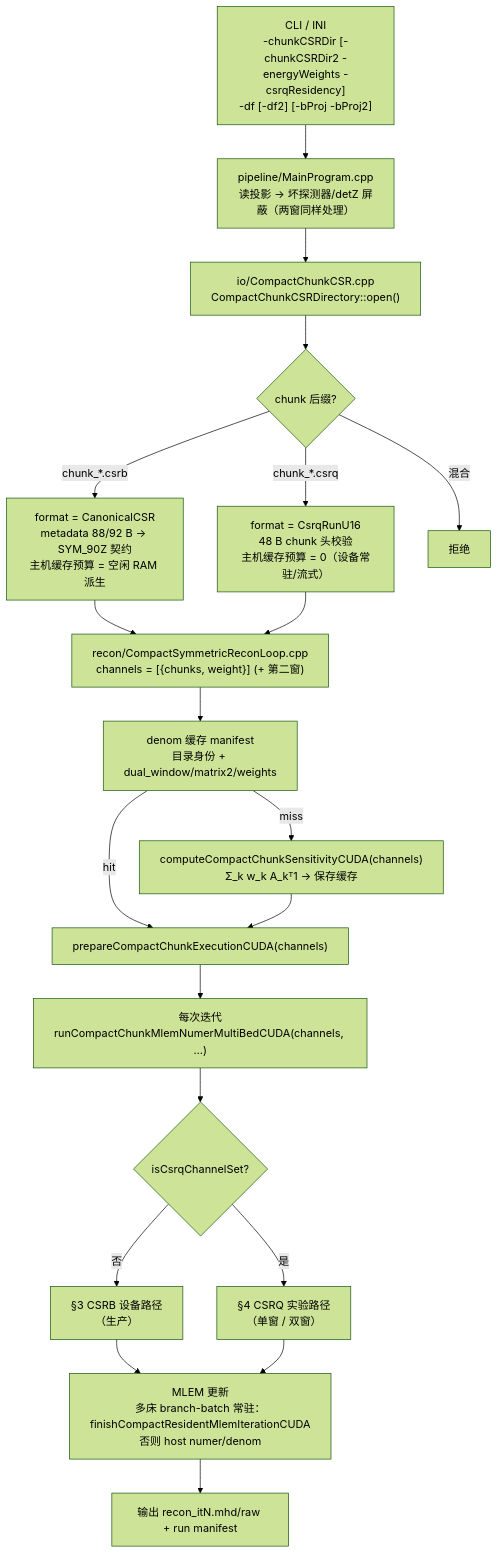
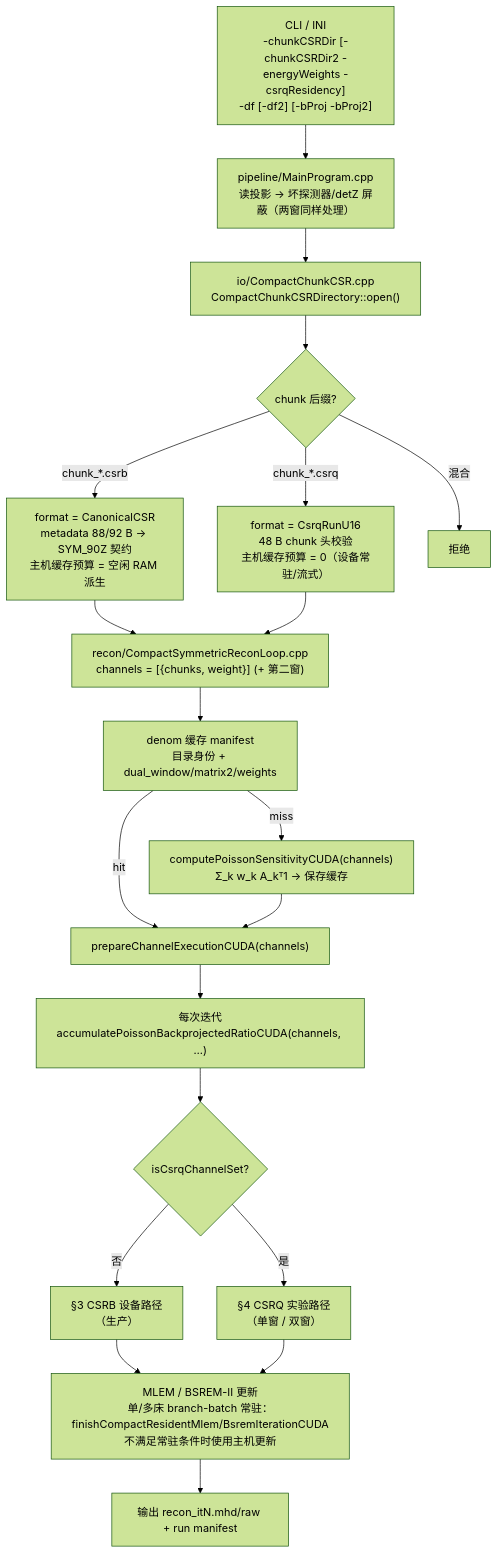
The first of 3 diagrams in reports/2026-09-04-matrix-call-flow-architecture.md (wangdy920/spect_6module_recon), drawn with Mermaid (forest theme) before and after one commit. The commit also changed other lines of this file and 17 other files, not shown here.

Commit message:
Remove rejected compact transpose experiments and prepare verified RC

````diff
--- a/reports/2026-09-04-matrix-call-flow-architecture.md
+++ b/reports/2026-09-04-matrix-call-flow-architecture.md
@@ -20,22 +20,22 @@
 ```mermaid
 flowchart TD
     CLI["CLI / INI<br/>-chunkCSRDir [-chunkCSRDir2 -energyWeights -csrqResidency]<br/>-df [-df2] [-bProj -bProj2]"] --> MP["pipeline/MainProgram.cpp<br/>读投影 → 坏探测器/detZ 屏蔽（两窗同样处理）"]
     MP --> OPEN["io/CompactChunkCSR.cpp<br/>CompactChunkCSRDirectory::open()"]
     OPEN --> FMT{"chunk 后缀?"}
     FMT -->|"chunk_*.csrb"| CSRB_META["format = CanonicalCSR<br/>metadata 88/92 B → SYM_90Z 契约<br/>主机缓存预算 = 空闲 RAM 派生"]
     FMT -->|"chunk_*.csrq"| CSRQ_META["format = CsrqRunU16<br/>48 B chunk 头校验<br/>主机缓存预算 = 0（设备常驻/流式）"]
     FMT -->|"混合"| REJ["拒绝"]
     CSRB_META --> LOOP
     CSRQ_META --> LOOP
     LOOP["recon/CompactSymmetricReconLoop.cpp<br/>channels = [{chunks, weight}] (+ 第二窗)"] --> MANI["denom 缓存 manifest<br/>目录身份 + dual_window/matrix2/weights"]
-    MANI -->|hit| PREP["prepareCompactChunkExecutionCUDA(channels)"]
-    MANI -->|miss| SENS["computeCompactChunkSensitivityCUDA(channels)<br/>Σ_k w_k A_kᵀ1 → 保存缓存"]
+    MANI -->|hit| PREP["prepareChannelExecutionCUDA(channels)"]
+    MANI -->|miss| SENS["computePoissonSensitivityCUDA(channels)<br/>Σ_k w_k A_kᵀ1 → 保存缓存"]
     SENS --> PREP
-    PREP --> ITER["每次迭代<br/>runCompactChunkMlemNumerMultiBedCUDA(channels, …)"]
+    PREP --> ITER["每次迭代<br/>accumulatePoissonBackprojectedRatioCUDA(channels, …)"]
     ITER --> DISP{"isCsrqChannelSet?"}
     DISP -->|否| CSRB["§3 CSRB 设备路径<br/>（生产）"]
     DISP -->|是| CSRQ["§4 CSRQ 实验路径<br/>（单窗 / 双窗）"]
-    CSRB --> UPD["MLEM 更新<br/>多床 branch-batch 常驻：finishCompactResidentMlemIterationCUDA<br/>否则 host numer/denom"]
+    CSRB --> UPD["MLEM / BSREM-II 更新<br/>单/多床 branch-batch 常驻：finishCompactResidentMlem/BsremIterationCUDA<br/>不满足常驻条件时使用主机更新"]
     CSRQ --> UPD
     UPD --> OUT["输出 recon_itN.mhd/raw + run manifest"]
 ```
````
